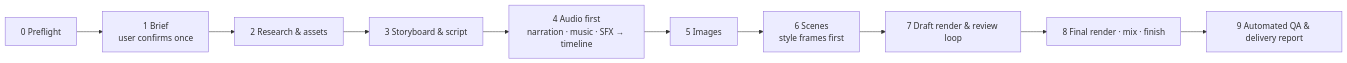
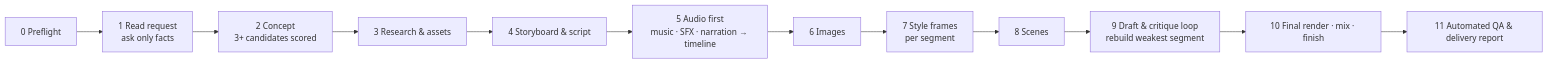
Before and after one commit to goodmorninghope-khs/showreel: the diagram in README.md, drawn with Mermaid. The commit also changed other lines of this file and 24 other files, not shown here.

````diff
--- a/README.md
+++ b/README.md
@@ -96,12 +97,14 @@
 ```mermaid
 flowchart LR
-    A[0 Preflight] --> B[1 Brief<br/>user confirms once]
-    B --> C[2 Research & assets]
-    C --> D[3 Storyboard & script]
-    D --> E[4 Audio first<br/>narration · music · SFX → timeline]
-    E --> F[5 Images]
-    F --> G[6 Scenes<br/>style frames first]
-    G --> H[7 Draft render & review loop]
-    H --> I[8 Final render · mix · finish]
-    I --> J[9 Automated QA & delivery report]
+    A[0 Preflight] --> B[1 Read request<br/>ask only facts]
+    B --> K[2 Concept<br/>3+ candidates scored]
+    K --> C[3 Research & assets]
+    C --> D[4 Storyboard & script]
+    D --> E[5 Audio first<br/>music · SFX · narration → timeline]
+    E --> F[6 Images]
+    F --> G[7 Style frames<br/>per segment]
+    G --> L[8 Scenes]
+    L --> H[9 Draft & critique loop<br/>rebuild weakest segment]
+    H --> I[10 Final render · mix · finish]
+    I --> J[11 Automated QA & delivery report]
 ```
````
